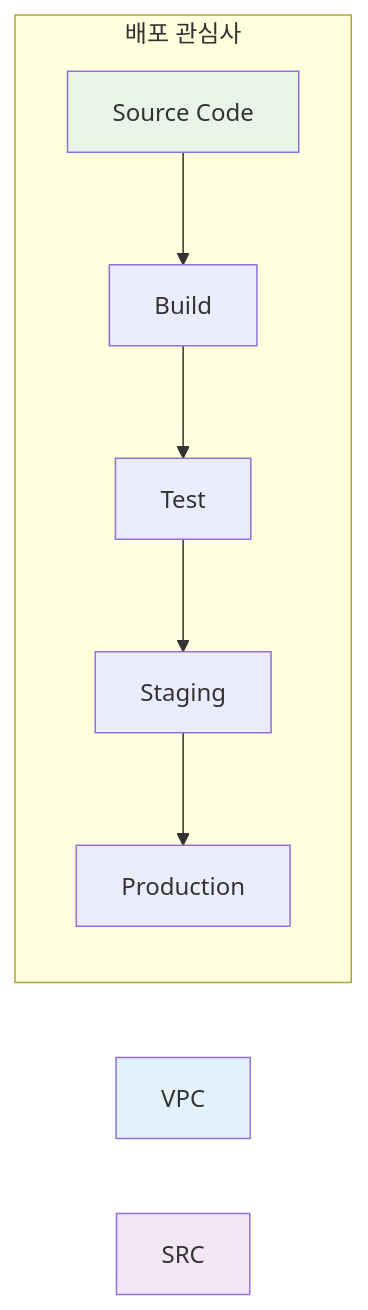
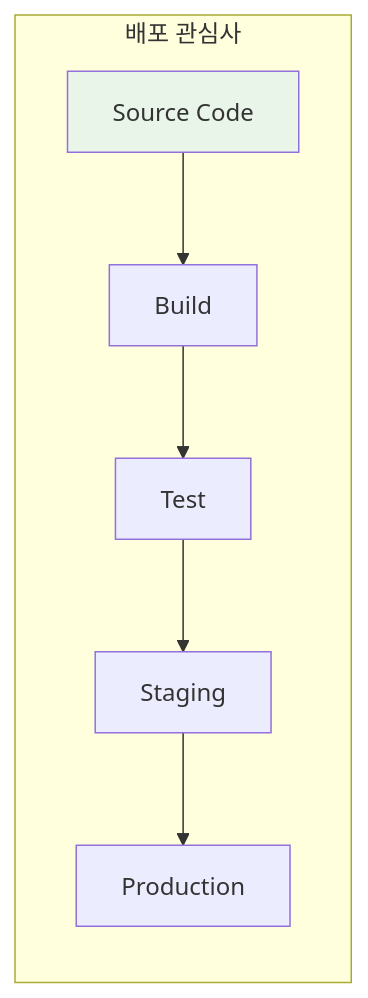
One commit to niceguy61/kdt_devops_lecture_2025 changed the sixth of 9 diagrams in theory/december/make_diagram/lecture/02_complexity_management.md. Above: the diagram before and after it, drawn with Mermaid. The commit also changed other lines of this file, not shown here.

````diff
--- a/theory/december/make_diagram/lecture/02_complexity_management.md
+++ b/theory/december/make_diagram/lecture/02_complexity_management.md
@@ -161,12 +157,10 @@
 ```mermaid
 graph LR
     subgraph "배포 관심사"
         CODE[Source Code] --> BUILD[Build]
         BUILD --> TEST[Test]
         TEST --> STAGE[Staging]
         STAGE --> PROD[Production]
     end
-    style VPC fill:#e3f2fd
-    style SRC fill:#f3e5f5
     style CODE fill:#e8f5e8
 ```
````
